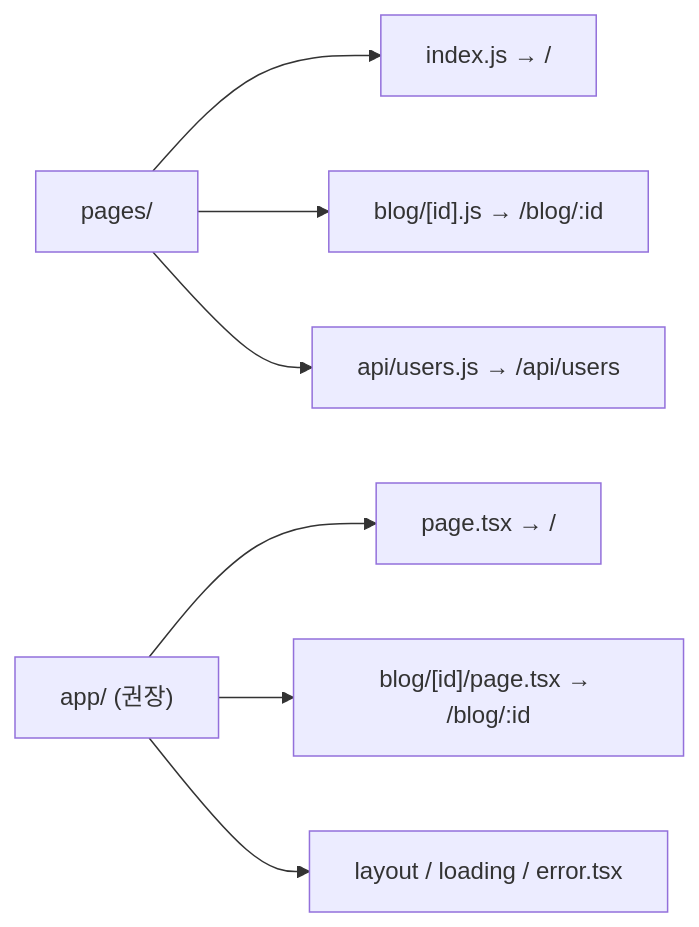
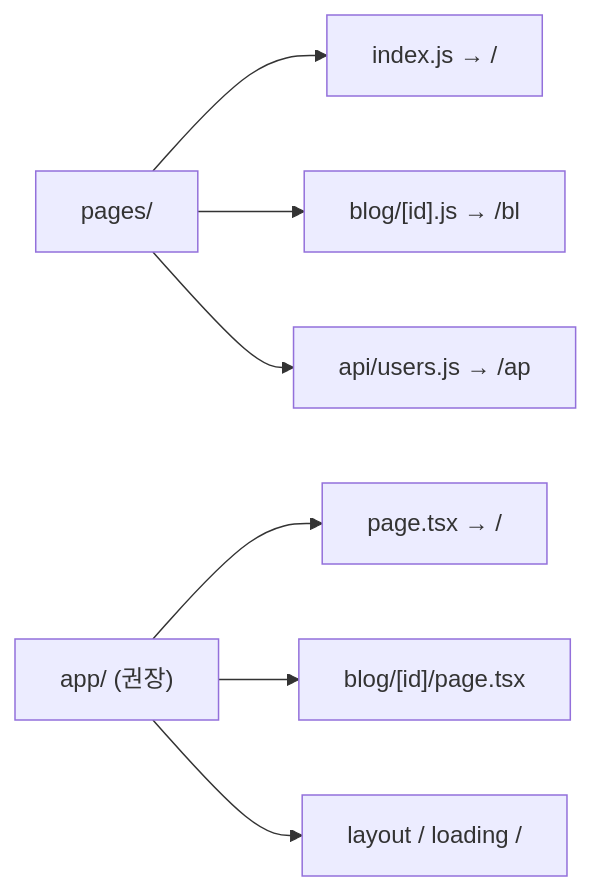
The second of 6 diagrams in _posts/frontend/2026-05-02-nextjs-fundamentals.md (yjkim2015/yjkim2015.github.io), drawn with Mermaid before and after one commit. The commit also changed other lines of this file and 271 other files, not shown here.

First line of the commit message:
Mermaid 라벨 축소: 긴 노드 텍스트 18자 이하로 트림 + \n 제거

````diff
--- a/_posts/frontend/2026-05-02-nextjs-fundamentals.md
+++ b/_posts/frontend/2026-05-02-nextjs-fundamentals.md
@@ -48,9 +48,9 @@
 ```mermaid
 graph LR
     PR["pages/"] --> PI["index.js → /"]
-    PR --> PB["blog/[id].js → /blog/:id"]
-    PR --> PA["api/users.js → /api/users"]
+    PR --> PB["blog/[id].js → /bl"]
+    PR --> PA["api/users.js → /ap"]
     AR["app/ (권장)"] --> AI["page.tsx → /"]
-    AR --> AB["blog/[id]/page.tsx → /blog/:id"]
-    AR --> ARO["layout / loading / error.tsx"]
+    AR --> AB["blog/[id]/page.tsx"]
+    AR --> ARO["layout / loading /"]
 ```
````
